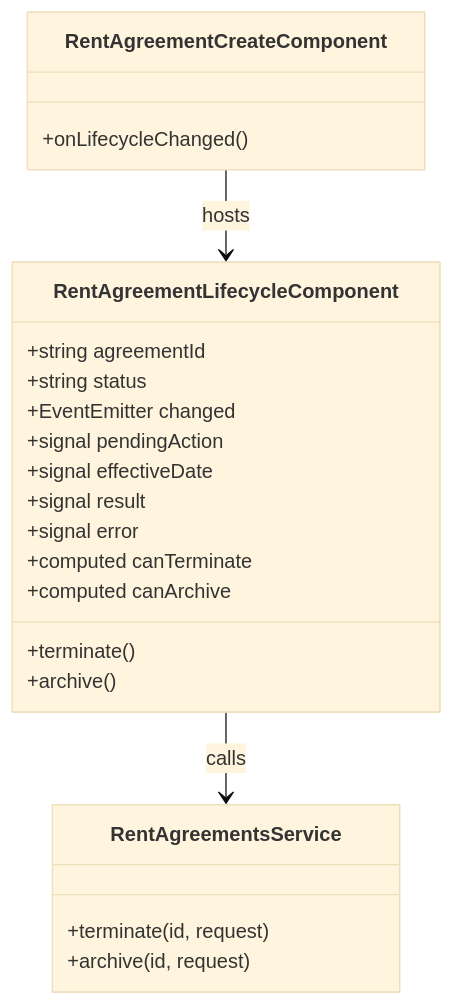
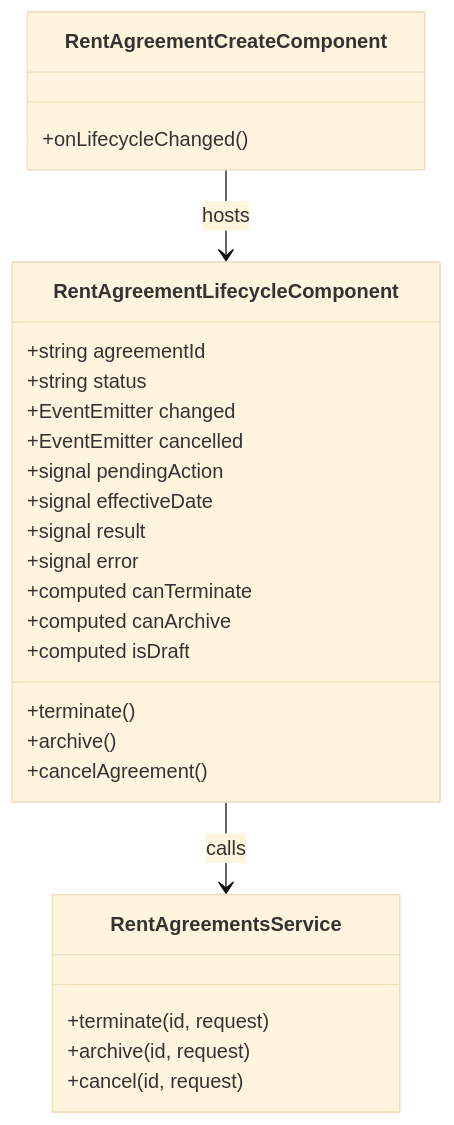
One commit to abhishekchaurasia-tz/rent-schedule-ui changed the diagram in docs/specs/rent-agreements/05-rent-agreement-lifecycle-ui.md. Above: the diagram before and after it, drawn with Mermaid (base theme). The commit also changed other lines of this file and 17 other files, not shown here.

````diff
--- a/docs/specs/rent-agreements/05-rent-agreement-lifecycle-ui.md
+++ b/docs/specs/rent-agreements/05-rent-agreement-lifecycle-ui.md
@@ -186,25 +225,29 @@
 ```mermaid
 classDiagram
     class RentAgreementLifecycleComponent {
         +string agreementId
         +string status
         +EventEmitter changed
+        +EventEmitter cancelled
         +signal pendingAction
         +signal effectiveDate
         +signal result
         +signal error
         +computed canTerminate
         +computed canArchive
+        +computed isDraft
         +terminate()
         +archive()
+        +cancelAgreement()
     }
     class RentAgreementsService {
         +terminate(id, request)
         +archive(id, request)
+        +cancel(id, request)
     }
     class RentAgreementCreateComponent {
         +onLifecycleChanged()
     }
     RentAgreementCreateComponent --> RentAgreementLifecycleComponent : hosts
     RentAgreementLifecycleComponent --> RentAgreementsService : calls
 ```
````
